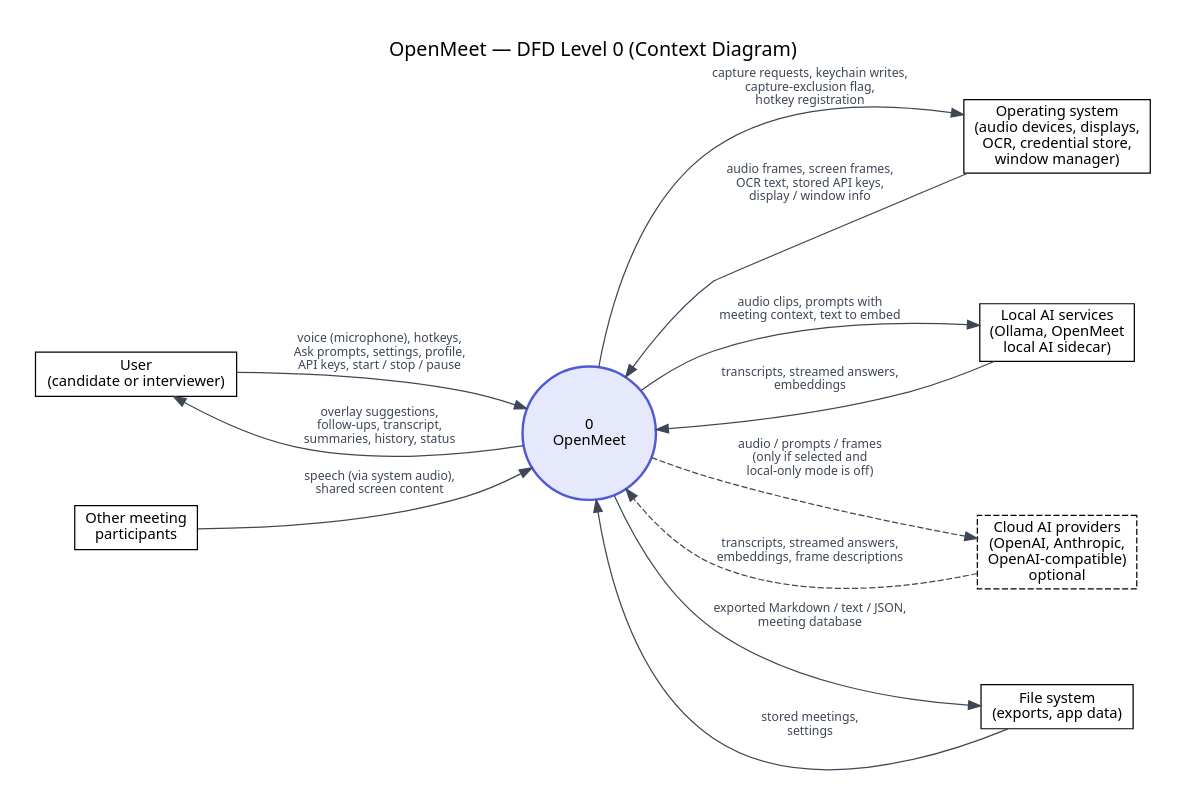
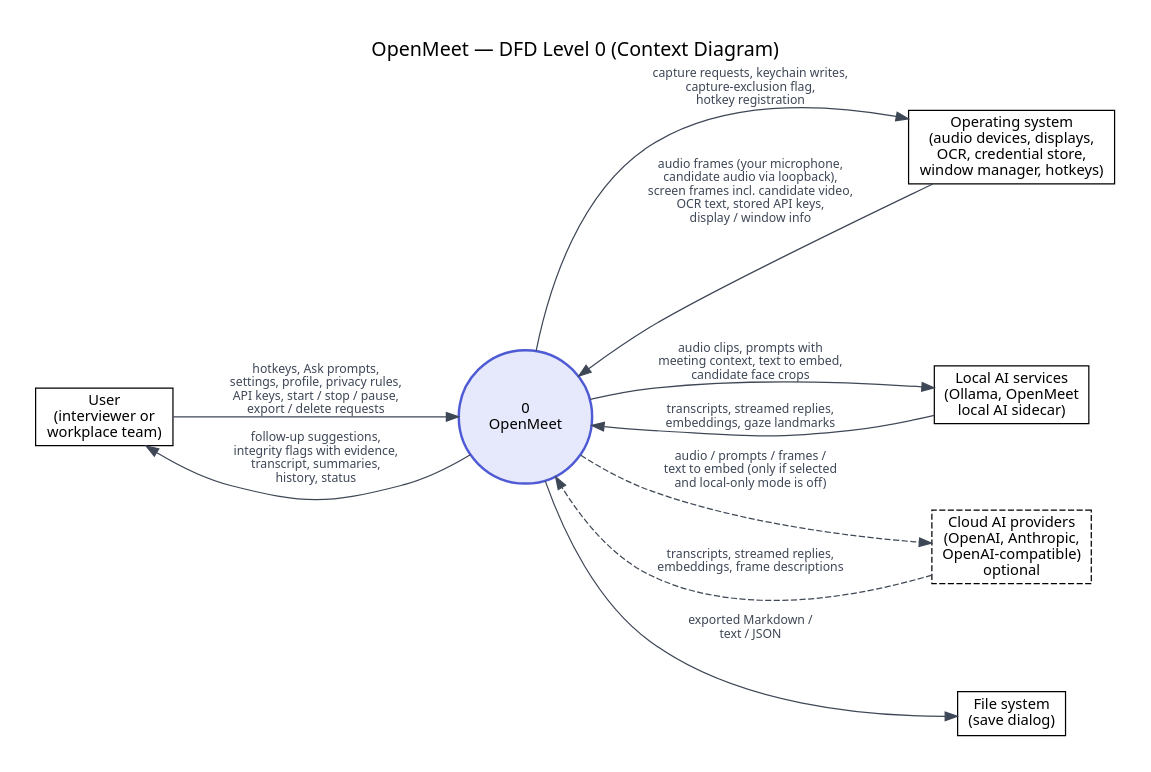
One commit to AekamSidhu/Major-Project changed the diagram in diagrams/dfd/dfd-level-0-context.dot. Above: the diagram before and after it, drawn with Graphviz. The commit also changed 18 other files, not shown here.

First line of the commit message:
Add answer-integrity detection to the architecture diagrams

```diff
--- a/diagrams/dfd/dfd-level-0-context.dot
+++ b/diagrams/dfd/dfd-level-0-context.dot
@@ -1,30 +1,31 @@
 // DFD Level 0 (context diagram): OpenMeet as a single process and the
 // external entities it exchanges data with. Yourdon–DeMarco notation:
-// rectangle = external entity, circle = process.
+// rectangle = external entity, circle = process. Speech (the interviewer's
+// and the candidate's) and the candidate's video reach OpenMeet only through
+// the operating system's audio devices and displays, so they are flows from
+// the OS entity. Internal data stores (meeting database, settings) are not
+// shown at this level; they appear as D1–D4 in Level 1.
 digraph dfd0 {
   graph [rankdir=LR, fontname="Segoe UI", fontsize=16, labelloc=t, nodesep=0.7, ranksep=1.3,
          label="OpenMeet — DFD Level 0 (Context Diagram)", pad=0.3];
   node  [fontname="Segoe UI", fontsize=12];
   edge  [fontname="Segoe UI", fontsize=10, color="#3E4756", fontcolor="#3E4756"];
 
-  user   [shape=box, style="filled", fillcolor="#FFFFFF", label="User\n(candidate or interviewer)"];
-  remote [shape=box, style="filled", fillcolor="#FFFFFF", label="Other meeting\nparticipants"];
-  os     [shape=box, style="filled", fillcolor="#FFFFFF", label="Operating system\n(audio devices, displays,\nOCR, credential store,\nwindow manager)"];
+  user   [shape=box, style="filled", fillcolor="#FFFFFF", label="User\n(interviewer or\nworkplace team)"];
+  os     [shape=box, style="filled", fillcolor="#FFFFFF", label="Operating system\n(audio devices, displays,\nOCR, credential store,\nwindow manager, hotkeys)"];
   local  [shape=box, style="filled", fillcolor="#FFFFFF", label="Local AI services\n(Ollama, OpenMeet\nlocal AI sidecar)"];
   cloud  [shape=box, style="filled,dashed", fillcolor="#FFFFFF", label="Cloud AI providers\n(OpenAI, Anthropic,\nOpenAI-compatible)\noptional"];
-  files  [shape=box, style="filled", fillcolor="#FFFFFF", label="File system\n(exports, app data)"];
+  files  [shape=box, style="filled", fillcolor="#FFFFFF", label="File system\n(save dialog)"];
 
   sys [shape=circle, style="filled", fillcolor="#E6E9FB", color="#4F5BD5", penwidth=2, label="0\nOpenMeet"];
 
-  user -> sys   [label="voice (microphone), hotkeys,\nAsk prompts, settings, profile,\nAPI keys, start / stop / pause"];
-  sys  -> user  [label="overlay suggestions,\nfollow-ups, transcript,\nsummaries, history, status"];
-  remote -> sys [label="speech (via system audio),\nshared screen content"];
-  os -> sys     [label="audio frames, screen frames,\nOCR text, stored API keys,\ndisplay / window info"];
+  user -> sys   [label="hotkeys, Ask prompts,\nsettings, profile, privacy rules,\nAPI keys, start / stop / pause,\nexport / delete requests"];
+  sys  -> user  [label="follow-up suggestions,\nintegrity flags with evidence,\ntranscript, summaries,\nhistory, status"];
+  os -> sys     [label="audio frames (your microphone,\ncandidate audio via loopback),\nscreen frames incl. candidate video,\nOCR text, stored API keys,\ndisplay / window info"];
   sys -> os     [label="capture requests, keychain writes,\ncapture-exclusion flag,\nhotkey registration"];
-  sys -> local  [label="audio clips, prompts with\nmeeting context, text to embed"];
-  local -> sys  [label="transcripts, streamed answers,\nembeddings"];
-  sys -> cloud  [label="audio / prompts / frames\n(only if selected and\nlocal-only mode is off)", style=dashed];
-  cloud -> sys  [label="transcripts, streamed answers,\nembeddings, frame descriptions", style=dashed];
-  sys -> files  [label="exported Markdown / text / JSON,\nmeeting database"];
-  files -> sys  [label="stored meetings,\nsettings"];
+  sys -> local  [label="audio clips, prompts with\nmeeting context, text to embed,\ncandidate face crops"];
+  local -> sys  [label="transcripts, streamed replies,\nembeddings, gaze landmarks"];
+  sys -> cloud  [label="audio / prompts / frames /\ntext to embed (only if selected\nand local-only mode is off)", style=dashed];
+  cloud -> sys  [label="transcripts, streamed replies,\nembeddings, frame descriptions", style=dashed];
+  sys -> files  [label="exported Markdown /\ntext / JSON"];
 }
```
